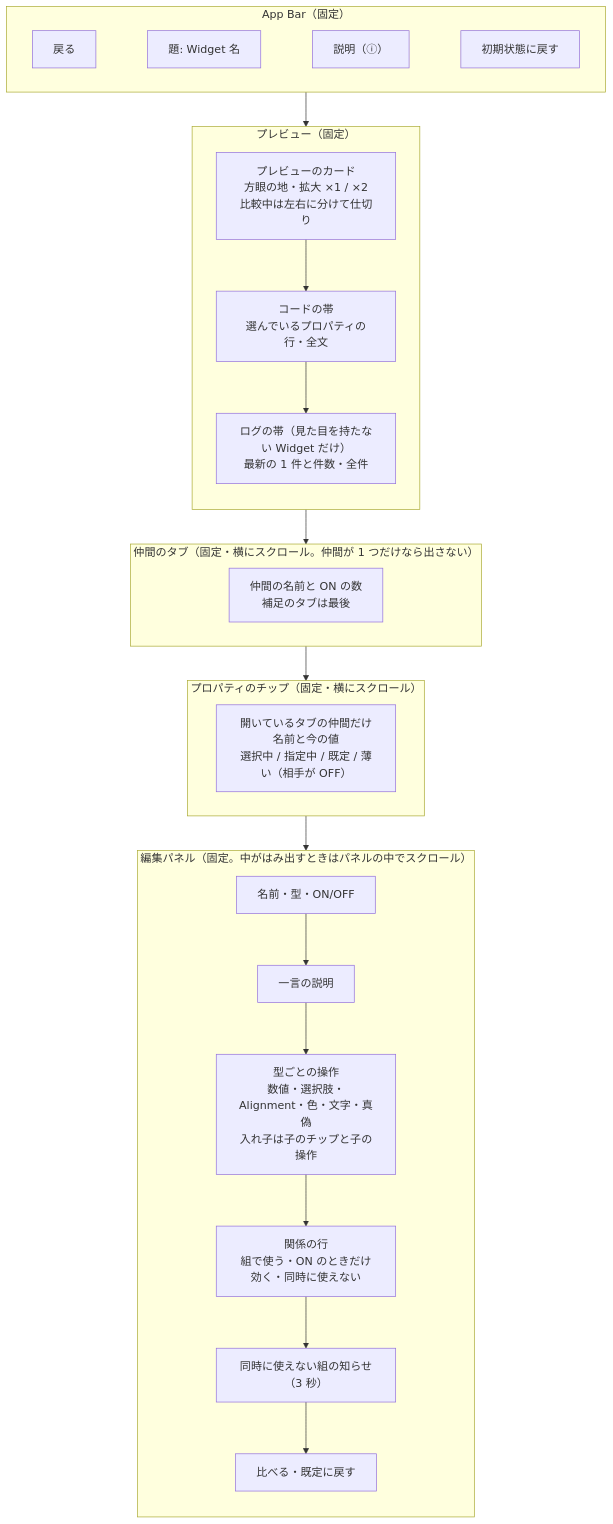
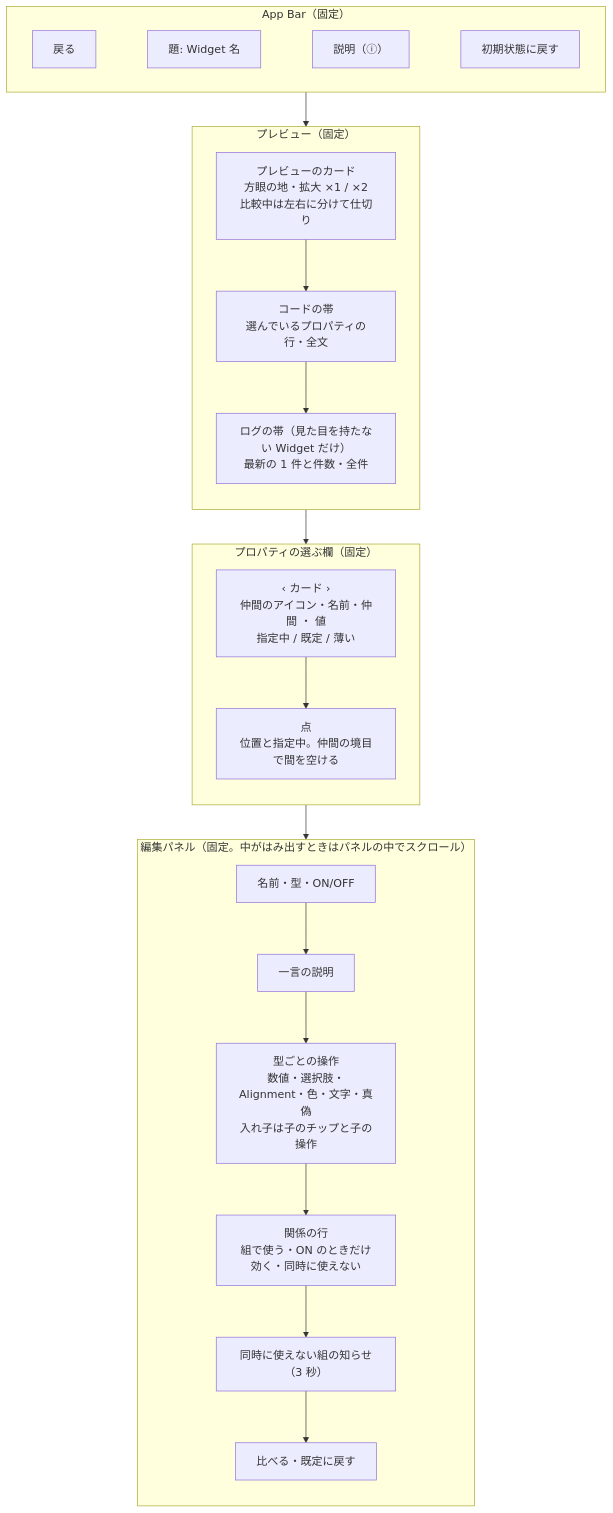
The first of 2 diagrams in docs/design/screens/cb_dtl_詳細画面.md (masa-futa/widget-lab), drawn with Mermaid before and after one commit. The commit also changed other lines of this file and 3 other files, not shown here.

````diff
--- a/docs/design/screens/cb_dtl_詳細画面.md
+++ b/docs/design/screens/cb_dtl_詳細画面.md
@@ -32,35 +33,35 @@
 ```mermaid
 flowchart TB
     subgraph APPBAR["App Bar（固定）"]
         direction LR
         Back["戻る"]
         Name["題: Widget 名"]
         About["説明（ⓘ）"]
         Reset["初期状態に戻す"]
         Back ~~~ Name ~~~ About ~~~ Reset
     end
     subgraph PREVIEW["プレビュー（固定）"]
         direction TB
         Card["プレビューのカード<br/>方眼の地・拡大 ×1 / ×2<br/>比較中は左右に分けて仕切り"]
         Strip["コードの帯<br/>選んでいるプロパティの行・全文"]
         Logs["ログの帯（見た目を持たない Widget だけ）<br/>最新の 1 件と件数・全件"]
         Card --> Strip --> Logs
     end
-    subgraph GROUPS["仲間のタブ（固定・横にスクロール。仲間が 1 つだけなら出さない）"]
-        Tab["仲間の名前と ON の数<br/>補足のタブは最後"]
-    end
-    subgraph CHIPS["プロパティのチップ（固定・横にスクロール）"]
-        Chip["開いているタブの仲間だけ<br/>名前と今の値<br/>選択中 / 指定中 / 既定 / 薄い（相手が OFF）"]
+    subgraph PICKER["プロパティの選ぶ欄（固定）"]
+        direction TB
+        PCard["‹ カード ›<br/>仲間のアイコン・名前・仲間 ・ 値<br/>指定中 / 既定 / 薄い"]
+        Dots["点<br/>位置と指定中。仲間の境目で間を空ける"]
+        PCard --> Dots
     end
     subgraph EDITOR["編集パネル（固定。中がはみ出すときはパネルの中でスクロール）"]
         direction TB
         Head["名前・型・ON/OFF"]
         Desc["一言の説明"]
         Control["型ごとの操作<br/>数値・選択肢・Alignment・色・文字・真偽<br/>入れ子は子のチップと子の操作"]
         Relations["関係の行<br/>組で使う・ON のときだけ効く・同時に使えない"]
         Notice["同時に使えない組の知らせ（3 秒）"]
         Actions["比べる・既定に戻す"]
         Head --> Desc --> Control --> Relations --> Notice --> Actions
     end
-    APPBAR --> PREVIEW --> GROUPS --> CHIPS --> EDITOR
+    APPBAR --> PREVIEW --> PICKER --> EDITOR
 ```
````
